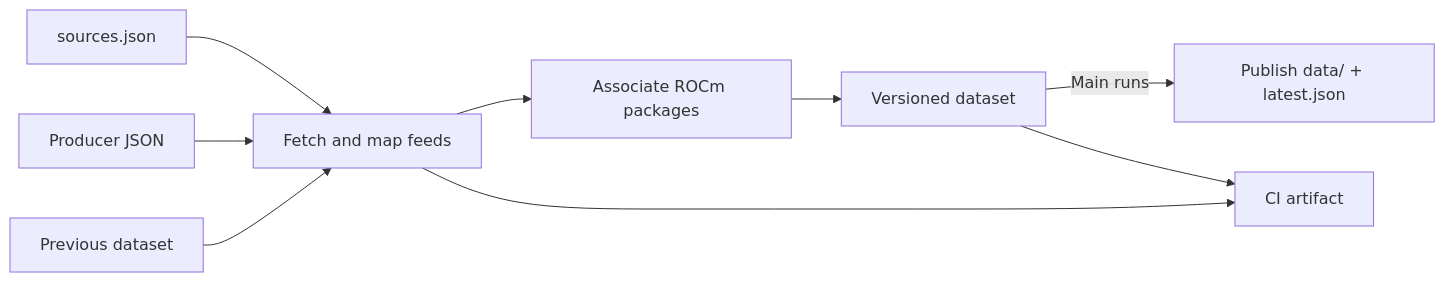
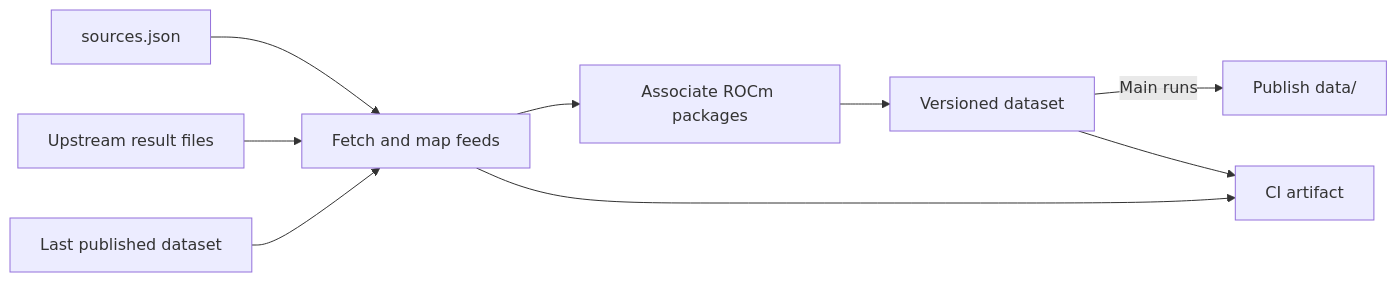
One commit to lemonade-sdk/rocm-readiness changed the first of 2 diagrams in docs/data-flow.md. Above: the diagram before and after it, drawn with Mermaid. The commit also changed other lines of this file and 2 other files, not shown here.

Commit message:
Define data-flow inputs, published files, and monthly history

````diff
--- a/docs/data-flow.md
+++ b/docs/data-flow.md
@@ -5,11 +5,11 @@
 ```mermaid
 flowchart LR
     Sources["sources.json"] --> Collect["Fetch and map feeds"]
-    Feeds["Producer JSON"] --> Collect
-    Previous["Previous dataset"] --> Collect
+    Feeds["Upstream result files"] --> Collect
+    Previous["Last published dataset"] --> Collect
     Collect --> Evidence["Associate ROCm packages"]
     Evidence --> Dataset["Versioned dataset"]
-    Dataset -->|Main runs| Publish["Publish data/ + latest.json"]
+    Dataset -->|Main runs| Publish["Publish data/"]
     Collect --> Artifact["CI artifact"]
     Dataset --> Artifact
 ```
````
